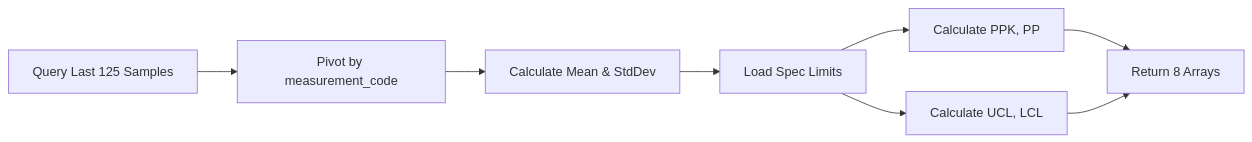
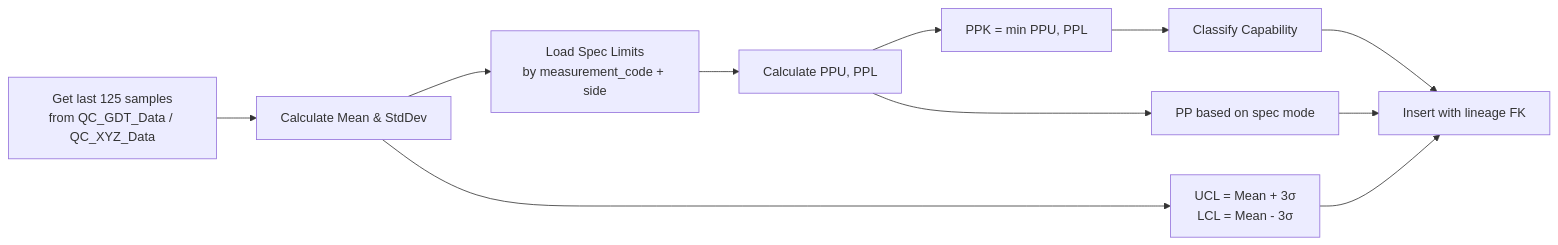
The tenth of 12 diagrams in README.md (KSangmuang/SPC-Dashboard), drawn with Mermaid before and after one commit. The commit also changed other lines of this file, not shown here.

````diff
--- a/README.md
+++ b/README.md
@@ -689,10 +919,13 @@
 ```mermaid
 flowchart LR
-    A[Query Last 125 Samples] --> B[Pivot by measurement_code]
-    B --> C[Calculate Mean & StdDev]
-    C --> D[Load Spec Limits]
-    D --> E[Calculate PPK, PP]
-    D --> F[Calculate UCL, LCL]
-    E --> G[Return 8 Arrays]
-    F --> G
+    A[Get last 125 samples<br/>from QC_GDT_Data / QC_XYZ_Data] --> B[Calculate Mean & StdDev]
+    B --> C[Load Spec Limits<br/>by measurement_code + side]
+    C --> D[Calculate PPU, PPL]
+    D --> E[PPK = min PPU, PPL]
+    D --> F[PP based on spec mode]
+    B --> G[UCL = Mean + 3σ<br/>LCL = Mean - 3σ]
+    E --> H[Classify Capability]
+    H --> I[Insert with lineage FK]
+    F --> I
+    G --> I
 ```
````
